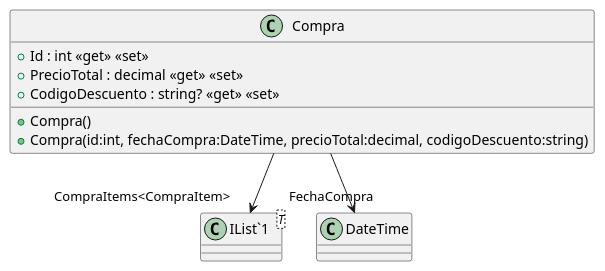
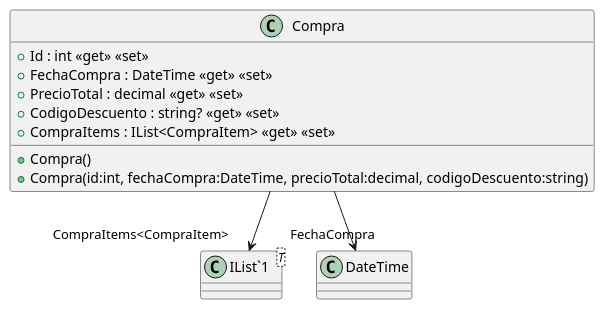
One commit to ISII2627LosElnes/ISII2627LosElnes changed the diagram in src/AppForSEII.API/ClassDiagram/Compra.puml. Above: the diagram before and after it, drawn with PlantUML. The commit also changed 11 other files, not shown here.

```diff
--- a/src/AppForSEII.API/ClassDiagram/Compra.puml
+++ b/src/AppForSEII.API/ClassDiagram/Compra.puml
@@ -1,13 +1,15 @@
 @startuml
 class Compra {
     + Compra()
     + Compra(id:int, fechaCompra:DateTime, precioTotal:decimal, codigoDescuento:string)
     + Id : int <<get>> <<set>>
+    + FechaCompra : DateTime <<get>> <<set>>
     + PrecioTotal : decimal <<get>> <<set>>
     + CodigoDescuento : string? <<get>> <<set>>
+    + CompraItems : IList<CompraItem> <<get>> <<set>>
 }
 class "IList`1"<T> {
 }
 Compra --> "FechaCompra" DateTime
 Compra --> "CompraItems<CompraItem>" "IList`1"
 @enduml
```
